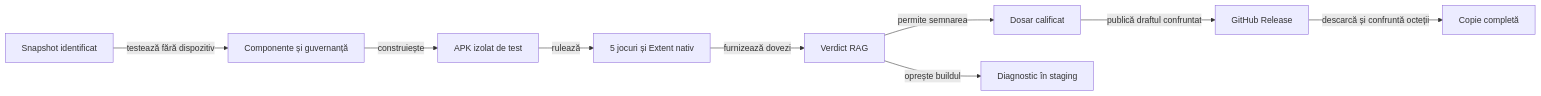
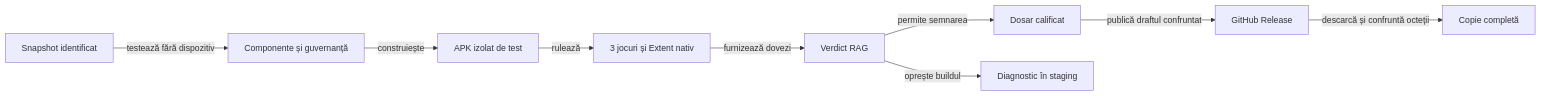
One commit to crististefanita/atf_j5 changed the diagram in docs/rentz/ATF_Release.md. Above: the diagram before and after it, drawn with Mermaid. The commit also changed other lines of this file and 6 other files, not shown here.

````diff
--- a/docs/rentz/ATF_Release.md
+++ b/docs/rentz/ATF_Release.md
@@ -51,11 +51,11 @@
 ```mermaid
 flowchart LR
     SOURCE[Snapshot identificat] -->|testează fără dispozitiv| CHECK[Componente și guvernanță]
     CHECK -->|construiește| ARTIFACT[APK izolat de test]
-    ARTIFACT -->|rulează| UIE2E[5 jocuri și Extent nativ]
+    ARTIFACT -->|rulează| UIE2E[3 jocuri și Extent nativ]
     UIE2E -->|furnizează dovezi| RAG[Verdict RAG]
     RAG -->|permite semnarea| READY[Dosar calificat]
     RAG -->|oprește buildul| BLOCKED[Diagnostic în staging]
     READY -->|publică draftul confruntat| RELEASE[GitHub Release]
     RELEASE -->|descarcă și confruntă octeții| FILE[Copie completă]
 ```
````
